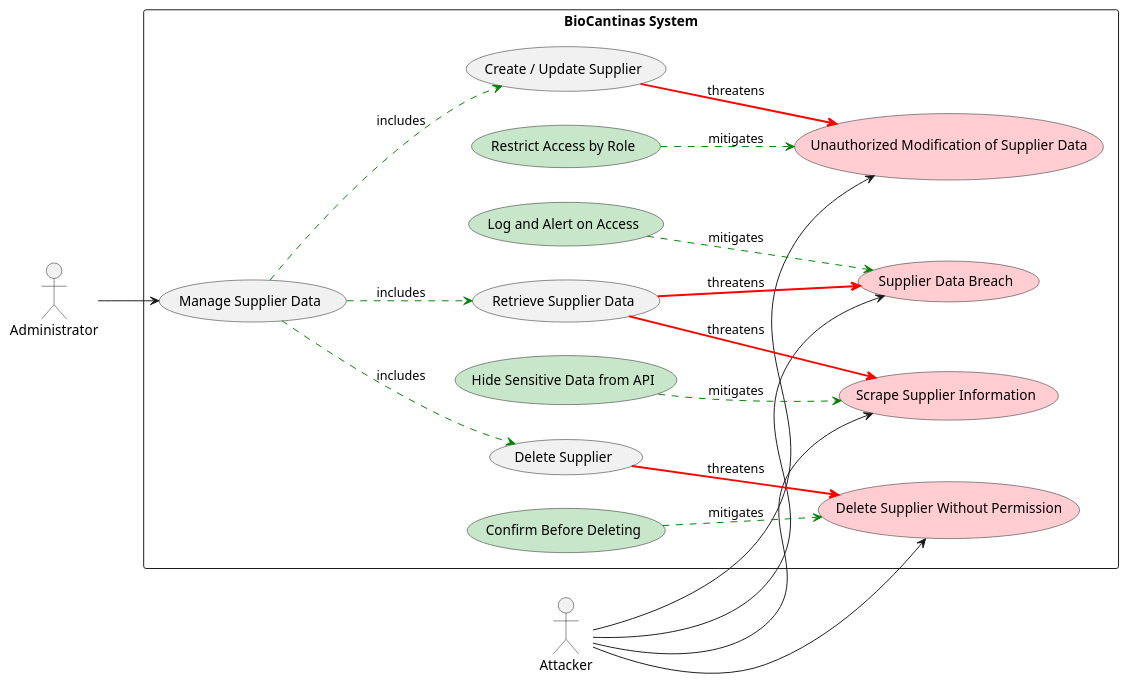
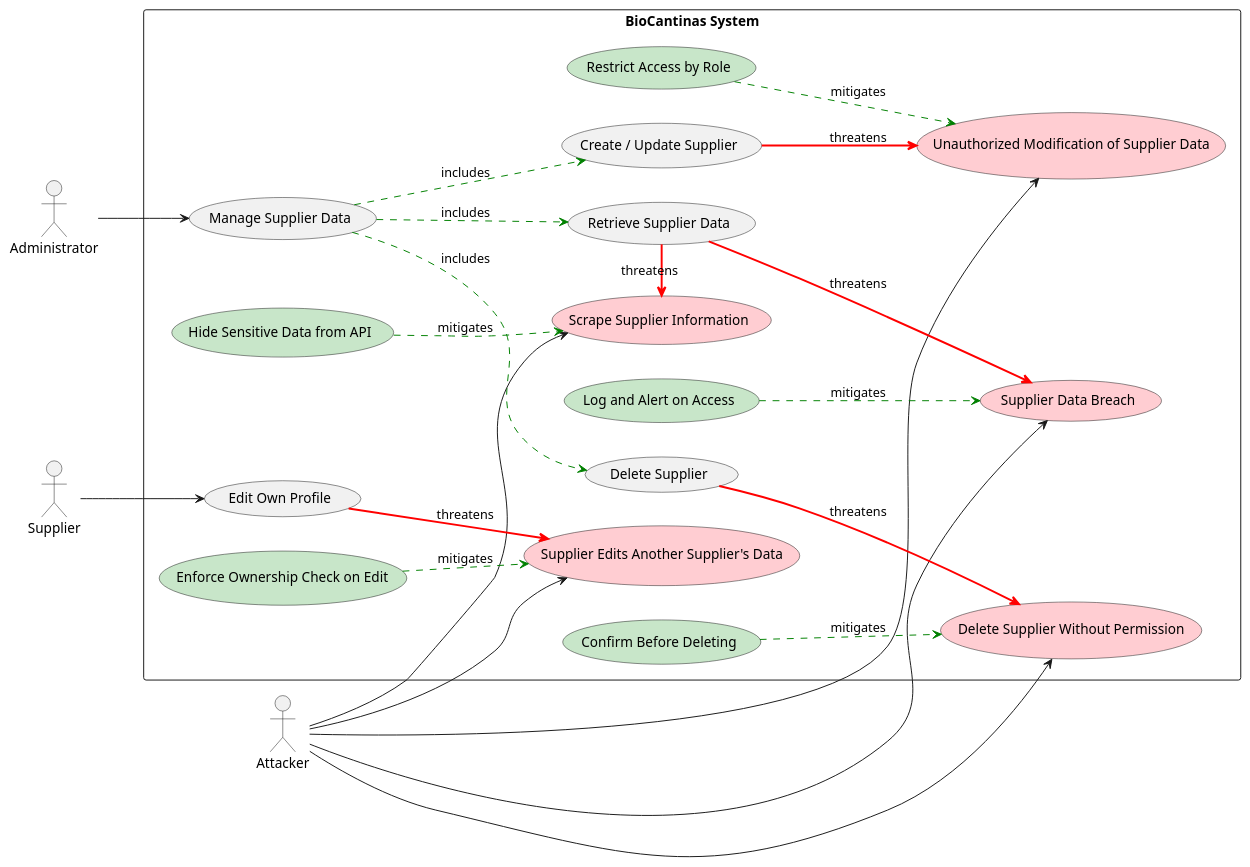
Before and after one commit to mei-desofs/desofs2026-thu_ffs_1: the diagram in Deliverables/phase1/diagrams/Abuse Cases/manageSupplierDataAbuseCase.puml, drawn with PlantUML. The commit also changed 6 other files, not shown here.

```diff
--- a/Deliverables/phase1/diagrams/Abuse Cases/manageSupplierDataAbuseCase.puml
+++ b/Deliverables/phase1/diagrams/Abuse Cases/manageSupplierDataAbuseCase.puml
@@ -1,46 +1,54 @@
 @startuml
 left to right direction
 skinparam packageStyle rectangle
 
 actor Admin as "Administrator"
+actor Supplier
 actor Attacker
 
 package "BioCantinas System" {
 
     usecase "Manage Supplier Data" as ManageSupplierUC
     usecase "Create / Update Supplier" as CreateUpdateUC
+    usecase "Edit Own Profile" as EditOwnProfileUC
     usecase "Delete Supplier" as DeleteUC
     usecase "Retrieve Supplier Data" as RetrieveUC
 
     usecase "Supplier Data Breach" as ExfilAbuse #FFCDD2
     usecase "Unauthorized Modification of Supplier Data" as UnauthorizedEditAbuse #FFCDD2
+    usecase "Supplier Edits Another Supplier's Data" as CrossEditAbuse #FFCDD2
     usecase "Delete Supplier Without Permission" as DeleteAbuse #FFCDD2
     usecase "Scrape Supplier Information" as EnumAbuse #FFCDD2
 
     usecase "Restrict Access by Role" as RBACMitigate #C8E6C9
+    usecase "Enforce Ownership Check on Edit" as OwnershipMitigate #C8E6C9
     usecase "Log and Alert on Access" as LoggingMitigate #C8E6C9
     usecase "Hide Sensitive Data from API" as APILimitMitigate #C8E6C9
     usecase "Confirm Before Deleting" as IntegrityMitigate #C8E6C9
 
     Admin --> ManageSupplierUC
+    Supplier --> EditOwnProfileUC
 
     ManageSupplierUC .[#green].> CreateUpdateUC : includes
     ManageSupplierUC .[#green].> DeleteUC : includes
     ManageSupplierUC .[#green].> RetrieveUC : includes
 
     Attacker --> ExfilAbuse
     Attacker --> UnauthorizedEditAbuse
+    Attacker --> CrossEditAbuse
     Attacker --> DeleteAbuse
     Attacker --> EnumAbuse
 
     RetrieveUC -[#red,bold]-> ExfilAbuse : threatens
     CreateUpdateUC -[#red,bold]-> UnauthorizedEditAbuse : threatens
+    EditOwnProfileUC -[#red,bold]-> CrossEditAbuse : threatens
     DeleteUC -[#red,bold]-> DeleteAbuse : threatens
-    RetrieveUC -[#red,bold]-> EnumAbuse : threatens
+    RetrieveUC -[#red,bold]> EnumAbuse : threatens
 
     RBACMitigate -[#green,dashed]-> UnauthorizedEditAbuse : mitigates
+    OwnershipMitigate -[#green,dashed]-> CrossEditAbuse : mitigates
     LoggingMitigate -[#green,dashed]-> ExfilAbuse : mitigates
     APILimitMitigate -[#green,dashed]-> EnumAbuse : mitigates
     IntegrityMitigate -[#green,dashed]-> DeleteAbuse : mitigates
 }
 @enduml
```
